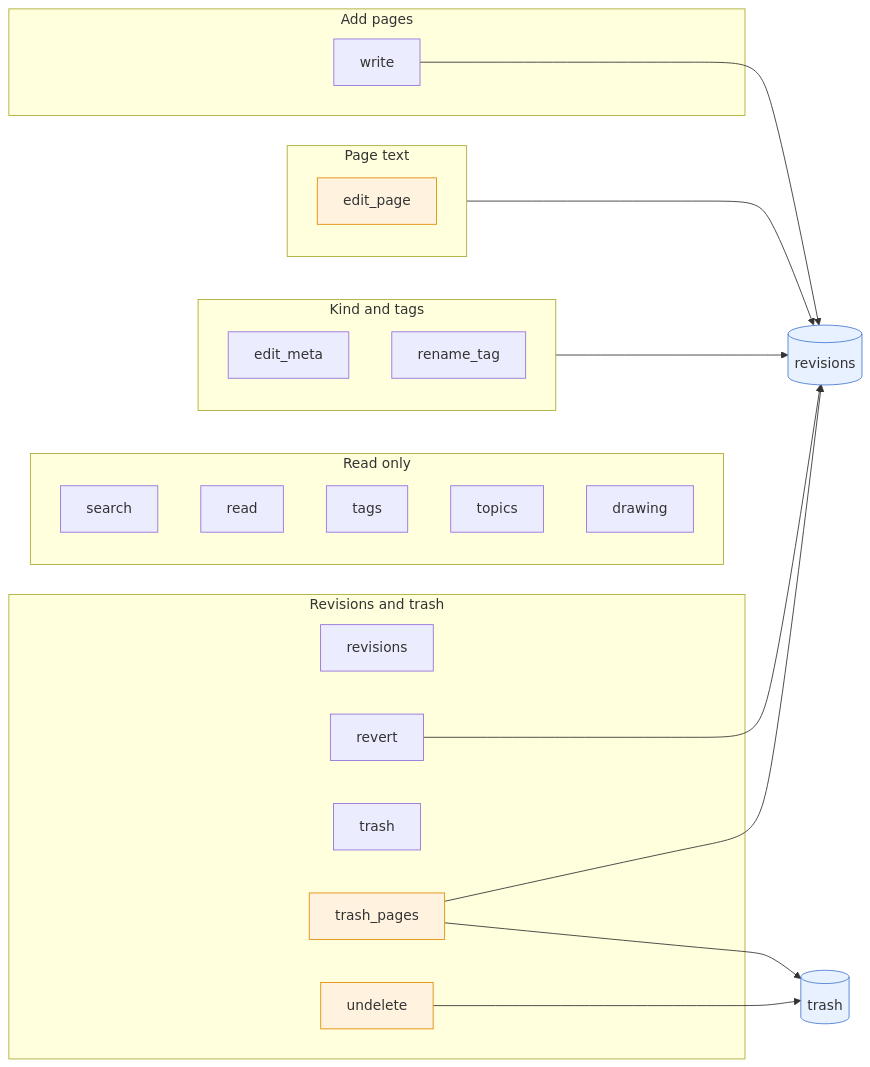
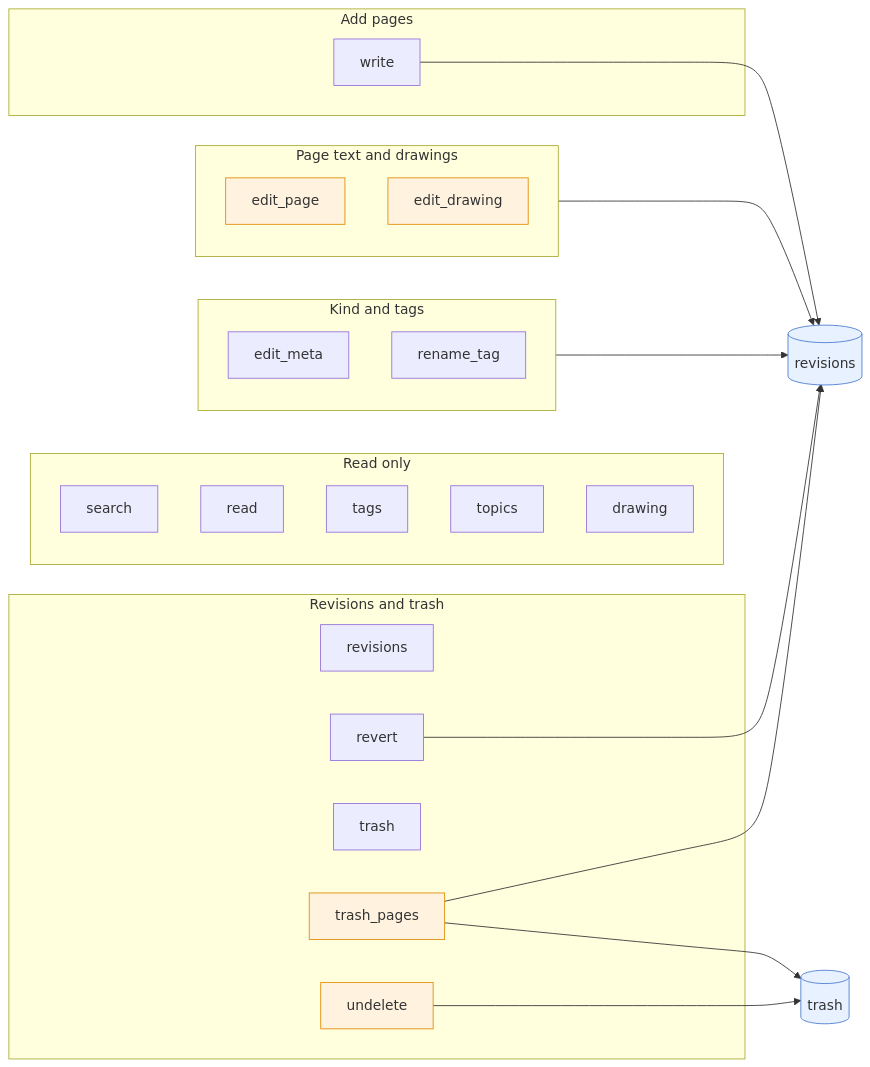
Before and after one commit to gilesknap/scrap: the second of 4 diagrams in docs/explanations/architecture/mcp-and-access.md, drawn with Mermaid. The commit also changed other lines of this file and 14 other files, not shown here.

````diff
--- a/docs/explanations/architecture/mcp-and-access.md
+++ b/docs/explanations/architecture/mcp-and-access.md
@@ -111,38 +111,39 @@
 ```mermaid
 flowchart LR
     subgraph read["Read only"]
         search
         read_["read"]
         tags
         topics
         drawing
     end
     subgraph write["Add pages"]
         write_["write"]
     end
     subgraph meta["Kind and tags"]
         edit_meta
         rename_tag
     end
-    subgraph text["Page text"]
+    subgraph text["Page text and drawings"]
         edit_page
+        edit_drawing
     end
     subgraph hist["Revisions and trash"]
         revisions
         revert
         trash
         trash_pages
         undelete
     end
     write_ --> R[("revisions")]
     meta --> R
     text --> R
     revert --> R
     trash_pages --> T[("trash")]
     undelete --> T
     trash_pages --> R
     classDef store fill:#e8f1ff,stroke:#4a7bd0
     classDef claude fill:#fff3e0,stroke:#e08a00
     class R,T store
-    class edit_page,trash_pages,undelete claude
+    class edit_page,edit_drawing,trash_pages,undelete claude
 ```
````
